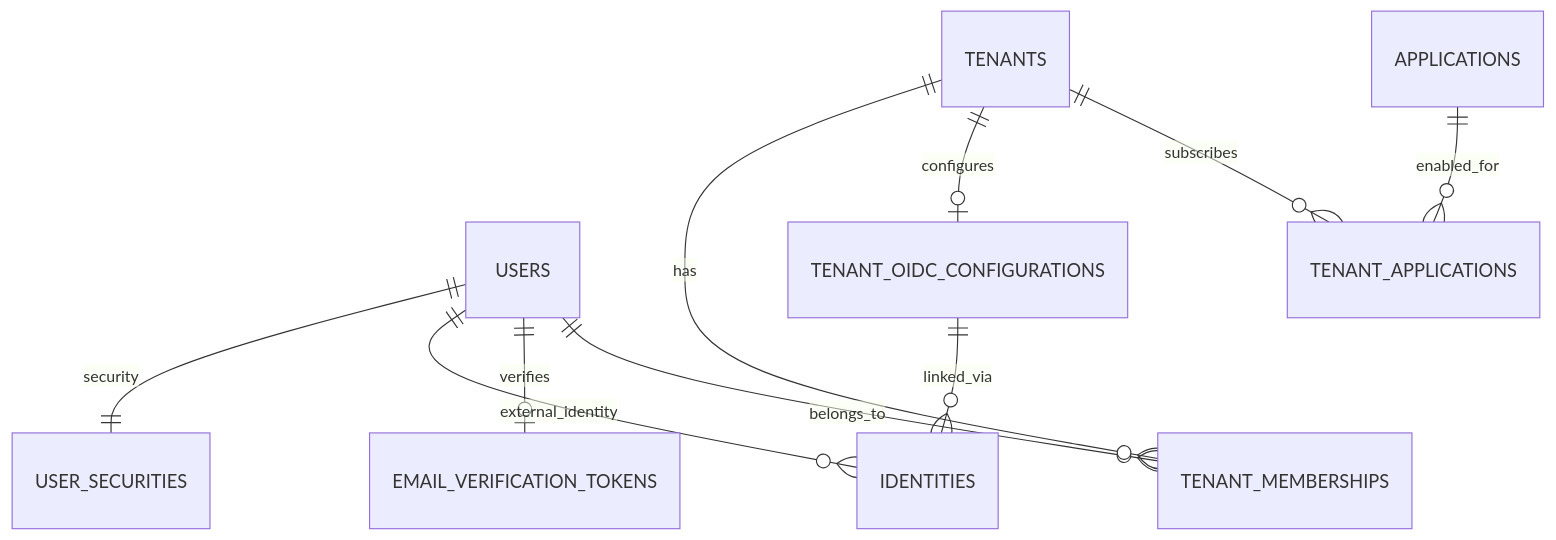
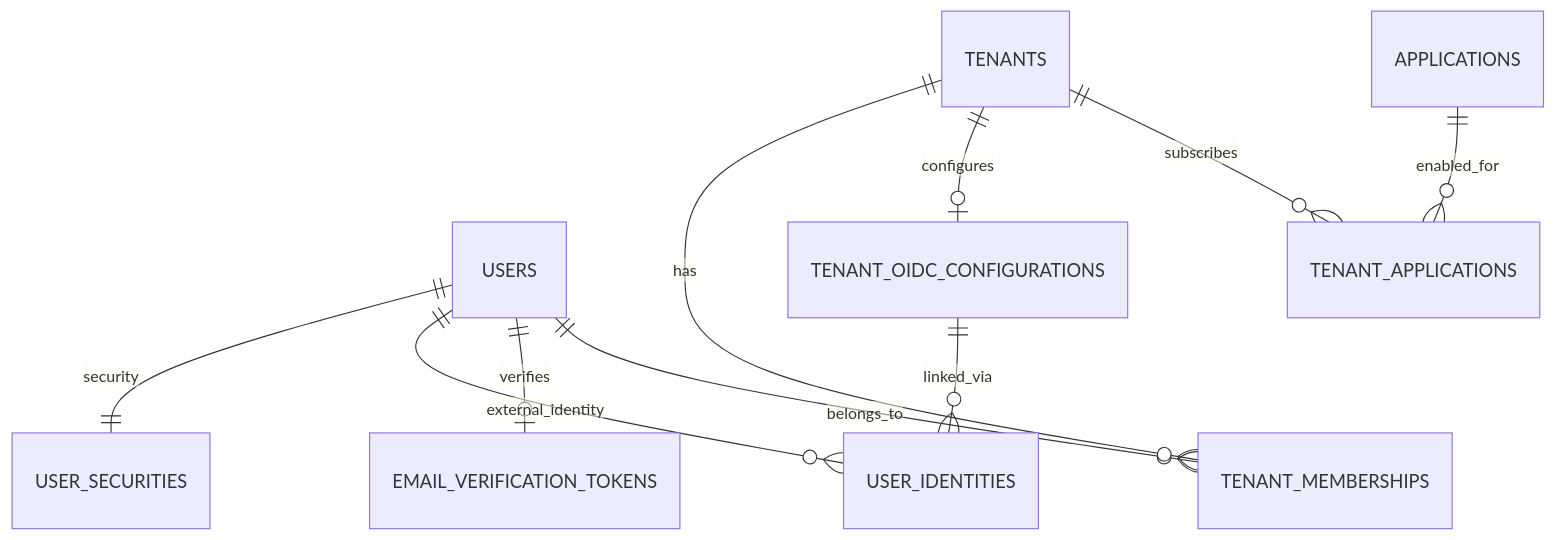
One commit to hyoungsookim/passport changed the first of 2 diagrams in docs/DB_MODEL.md. Above: the diagram before and after it, drawn with Mermaid. The commit also changed other lines of this file and 3 other files, not shown here.

Commit message:
feat: Rename 'identities' table to 'user_identities' and update related constraints and tests

````diff
--- a/docs/DB_MODEL.md
+++ b/docs/DB_MODEL.md
@@ -126,12 +126,12 @@
 ```mermaid
 erDiagram
     USERS ||--|| USER_SECURITIES : security
-    USERS ||--o{ IDENTITIES : external_identity
+    USERS ||--o{ USER_IDENTITIES : external_identity
     USERS ||--o| EMAIL_VERIFICATION_TOKENS : verifies
     USERS ||--o{ TENANT_MEMBERSHIPS : belongs_to
     TENANTS ||--o{ TENANT_MEMBERSHIPS : has
     TENANTS ||--o| TENANT_OIDC_CONFIGURATIONS : configures
-    TENANT_OIDC_CONFIGURATIONS ||--o{ IDENTITIES : linked_via
+    TENANT_OIDC_CONFIGURATIONS ||--o{ USER_IDENTITIES : linked_via
     TENANTS ||--o{ TENANT_APPLICATIONS : subscribes
     APPLICATIONS ||--o{ TENANT_APPLICATIONS : enabled_for
 ```
````
